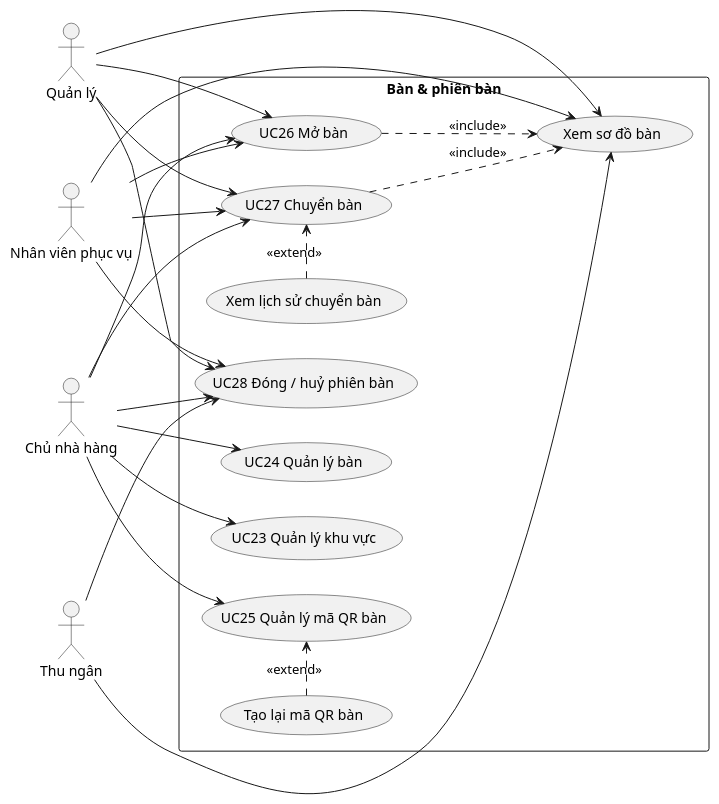
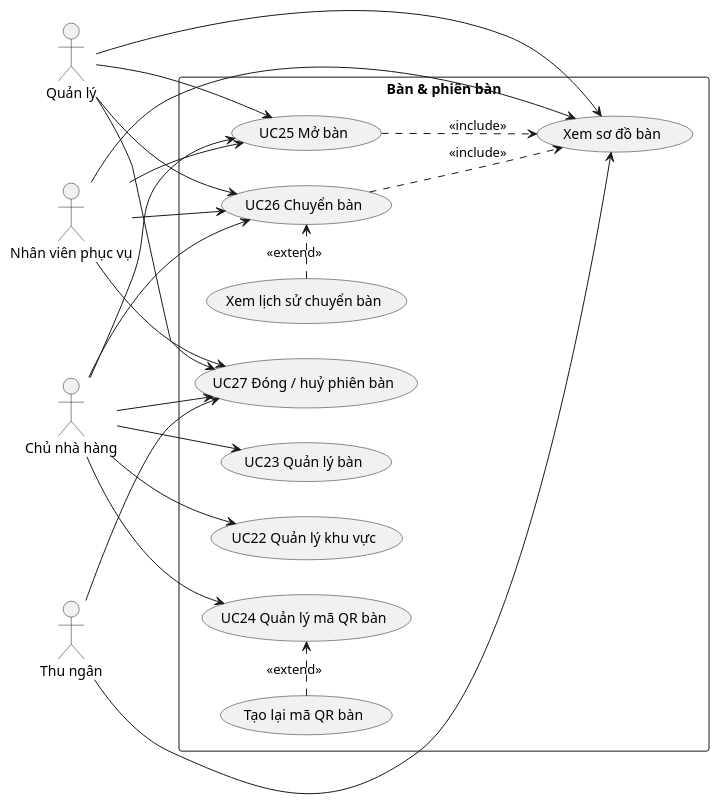
The first of 2 diagrams in docs/usecase/05-ban-phien-ban.md (TruongHidu/XayPOS_be), drawn with PlantUML before and after one commit. The commit also changed other lines of this file and 50 other files, not shown here.

````diff
--- a/docs/usecase/05-ban-phien-ban.md
+++ b/docs/usecase/05-ban-phien-ban.md
@@ -5,48 +5,48 @@
 ```plantuml
 @startuml UC05_Ban
 left to right direction
 skinparam packageStyle rectangle
 
 actor "Chủ nhà hàng" as Owner
 actor "Quản lý" as Manager
 actor "Nhân viên phục vụ" as Waiter
 actor "Thu ngân" as Cashier
 
 rectangle "Bàn & phiên bàn" {
   usecase "Xem sơ đồ bàn" as UCV
-  usecase "UC23 Quản lý khu vực" as UC23
-  usecase "UC24 Quản lý bàn" as UC24
-  usecase "UC25 Quản lý mã QR bàn" as UC25
-  usecase "Tạo lại mã QR bàn" as UC25a
-  usecase "UC26 Mở bàn" as UC26
-  usecase "UC27 Chuyển bàn" as UC27
-  usecase "UC28 Đóng / huỷ phiên bàn" as UC28
-  usecase "Xem lịch sử chuyển bàn" as UC27a
+  usecase "UC22 Quản lý khu vực" as UC22
+  usecase "UC23 Quản lý bàn" as UC23
+  usecase "UC24 Quản lý mã QR bàn" as UC24
+  usecase "Tạo lại mã QR bàn" as UC24a
+  usecase "UC25 Mở bàn" as UC25
+  usecase "UC26 Chuyển bàn" as UC26
+  usecase "UC27 Đóng / huỷ phiên bàn" as UC27
+  usecase "Xem lịch sử chuyển bàn" as UC26a
 }
 
+Owner --> UC22
 Owner --> UC23
 Owner --> UC24
 Owner --> UC25
 Owner --> UC26
 Owner --> UC27
-Owner --> UC28
 
 Manager --> UCV
+Manager --> UC25
 Manager --> UC26
 Manager --> UC27
-Manager --> UC28
 
 Waiter --> UCV
+Waiter --> UC25
 Waiter --> UC26
 Waiter --> UC27
-Waiter --> UC28
 
 Cashier --> UCV
-Cashier --> UC28
+Cashier --> UC27
 
-UC25a .> UC25 : <<extend>>
-UC27a .> UC27 : <<extend>>
+UC24a .> UC24 : <<extend>>
+UC26a .> UC26 : <<extend>>
+UC25 ..> UCV : <<include>>
 UC26 ..> UCV : <<include>>
-UC27 ..> UCV : <<include>>
 @enduml
 ```
````
